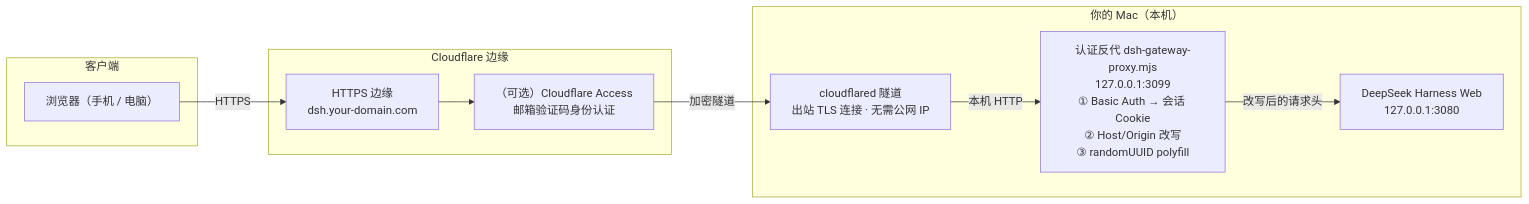
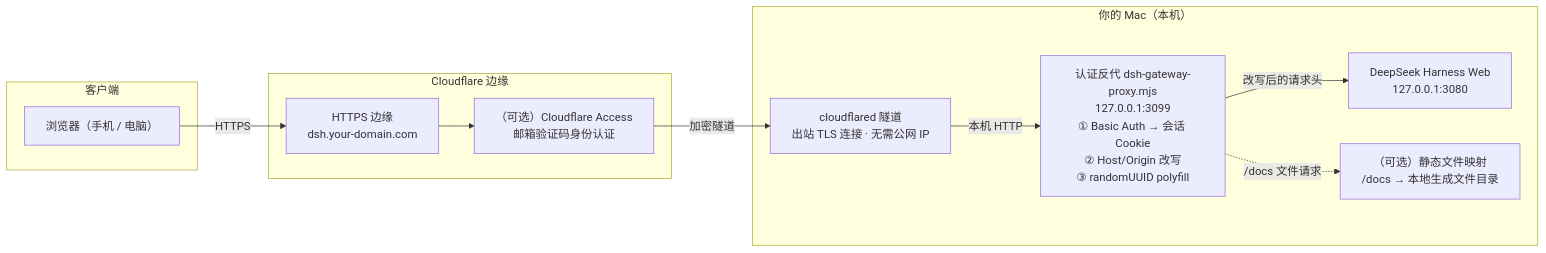
One commit to afoolfox/dsh-public-access changed the diagram in README.md. Above: the diagram before and after it, drawn with Mermaid. The commit also changed other lines of this file and 3 other files, not shown here.

Commit message:
add optional static file mapping (/docs) behind auth; update docs and diagrams

````diff
--- a/README.md
+++ b/README.md
@@ -13,23 +13,25 @@
 ```mermaid
 flowchart LR
     subgraph Client["客户端"]
         B["浏览器（手机 / 电脑）"]
     end
 
     subgraph CF["Cloudflare 边缘"]
         E["HTTPS 边缘<br/>dsh.your-domain.com"]
         A["（可选）Cloudflare Access<br/>邮箱验证码身份认证"]
     end
 
     subgraph Mac["你的 Mac（本机）"]
         T["cloudflared 隧道<br/>出站 TLS 连接 · 无需公网 IP"]
         P["认证反代 dsh-gateway-proxy.mjs<br/>127.0.0.1:3099<br/>① Basic Auth → 会话 Cookie<br/>② Host/Origin 改写<br/>③ randomUUID polyfill"]
         D["DeepSeek Harness Web<br/>127.0.0.1:3080"]
+        F["（可选）静态文件映射<br/>/docs → 本地生成文件目录"]
     end
 
     B -->|"HTTPS"| E
     E --> A
     A -->|"加密隧道"| T
     T -->|"本机 HTTP"| P
     P -->|"改写后的请求头"| D
+    P -.->|"/docs 文件请求"| F
 ```
````
